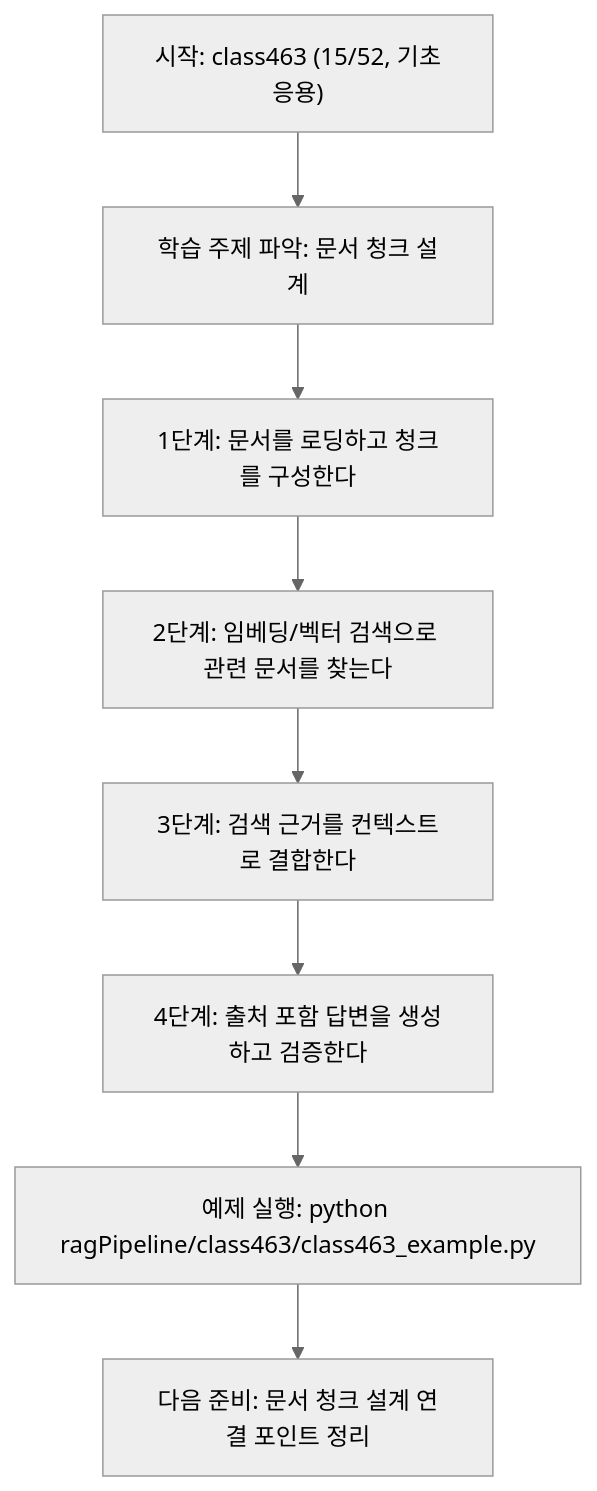
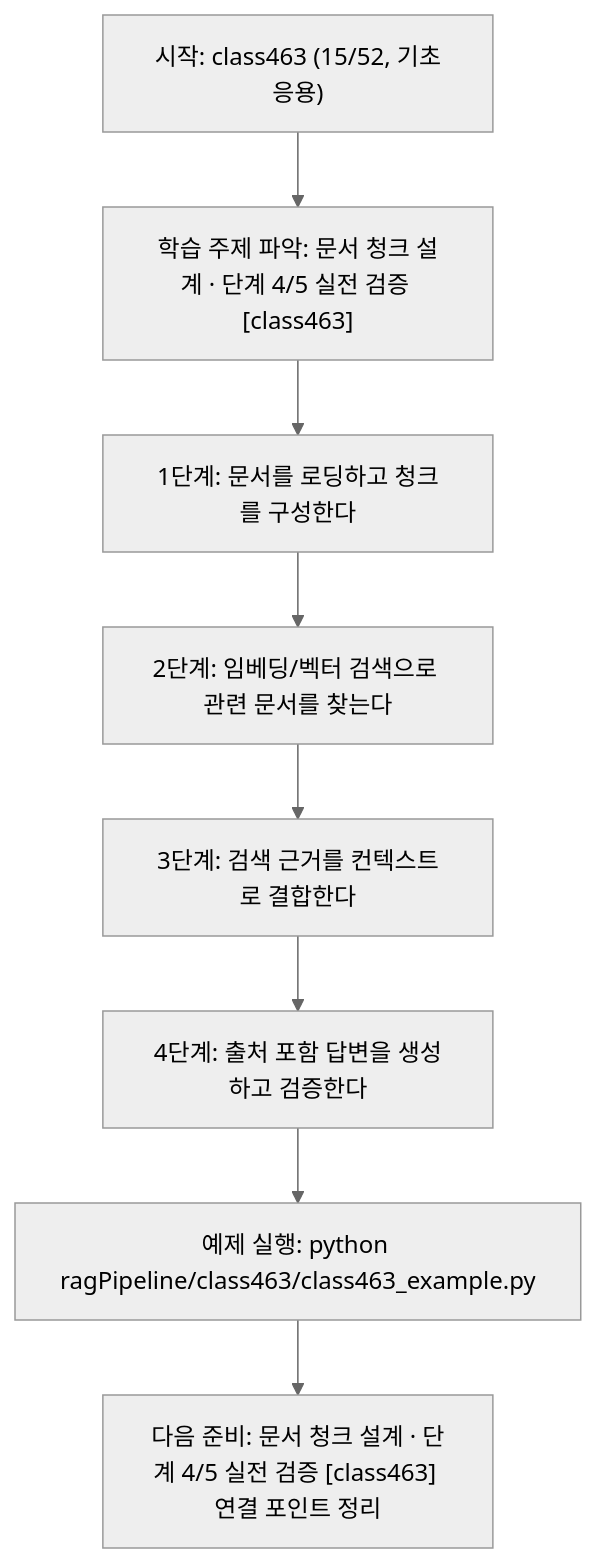
The diagram in ragPipeline/class463/class463.md (edumgt/Python-AI_Agent-Class), drawn with Mermaid (neutral theme) before and after one commit. The commit also changed other lines of this file and 522 other files, not shown here.

````diff
--- a/ragPipeline/class463/class463.md
+++ b/ragPipeline/class463/class463.md
@@ -110,18 +111,18 @@
 ```mermaid
 flowchart TD
 N1["시작: class463 (15/52, 기초응용)"]
-N2["학습 주제 파악: 문서 청크 설계"]
+N2["학습 주제 파악: 문서 청크 설계 · 단계 4/5 실전 검증 [class463]"]
 N3["1단계: 문서를 로딩하고 청크를 구성한다"]
 N4["2단계: 임베딩/벡터 검색으로 관련 문서를 찾는다"]
 N5["3단계: 검색 근거를 컨텍스트로 결합한다"]
 N6["4단계: 출처 포함 답변을 생성하고 검증한다"]
 N7["예제 실행: python ragPipeline/class463/class463_example.py"]
-N8["다음 준비: 문서 청크 설계 연결 포인트 정리"]
+N8["다음 준비: 문서 청크 설계 · 단계 4/5 실전 검증 [class463] 연결 포인트 정리"]
 N1 --> N2
 N2 --> N3
 N3 --> N4
 N4 --> N5
 N5 --> N6
 N6 --> N7
 N7 --> N8
 ```
````
